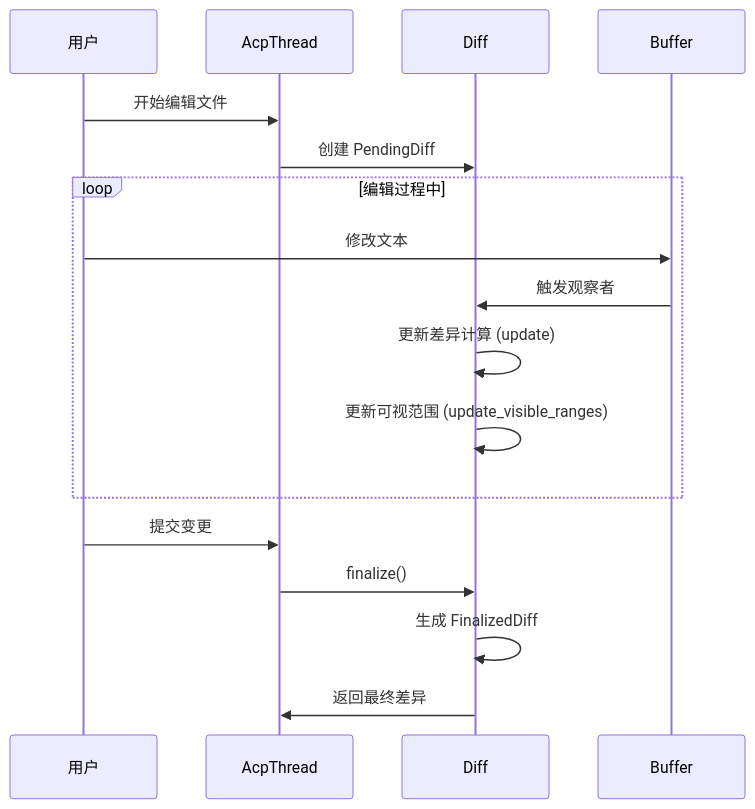
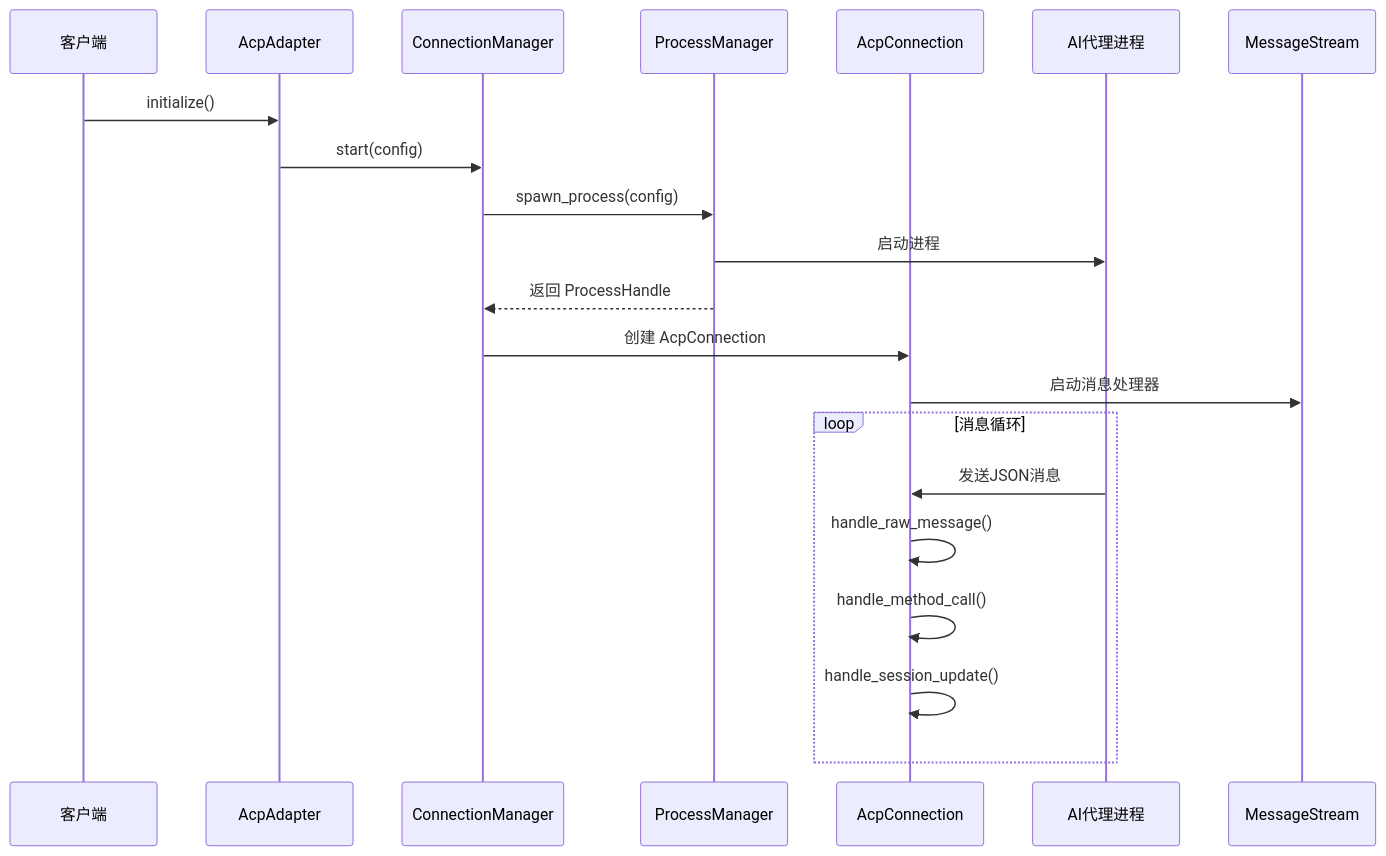
Before and after one commit to nuwax-ai/rcoder: the fourth of 6 diagrams in .qoder/repowiki/zh/content/ACP协议实现/ACP协议实现.md, drawn with Mermaid. The commit also changed other lines of this file and 85 other files, not shown here.

First line of the commit message:
refactor(acp_adapter): 重构会话管理及连接模块以替代旧实现

````diff
--- a/.qoder/repowiki/zh/content/ACP协议实现/ACP协议实现.md
+++ b/.qoder/repowiki/zh/content/ACP协议实现/ACP协议实现.md
@@ -140,19 +165,22 @@
 ```mermaid
 sequenceDiagram
-participant User as 用户
-participant AcpThread as AcpThread
-participant Diff as Diff
-participant Buffer as Buffer
-User->>AcpThread : 开始编辑文件
-AcpThread->>Diff : 创建 PendingDiff
-loop 编辑过程中
-User->>Buffer : 修改文本
-Buffer->>Diff : 触发观察者
-Diff->>Diff : 更新差异计算 (update)
-Diff->>Diff : 更新可视范围 (update_visible_ranges)
+participant Client as 客户端
+participant AcpAdapter as AcpAdapter
+participant ConnManager as ConnectionManager
+participant ProcessMgr as ProcessManager
+participant AcpConn as AcpConnection
+participant AgentProc as AI代理进程
+Client->>AcpAdapter : initialize()
+AcpAdapter->>ConnManager : start(config)
+ConnManager->>ProcessMgr : spawn_process(config)
+ProcessMgr->>AgentProc : 启动进程
+ProcessMgr-->>ConnManager : 返回 ProcessHandle
+ConnManager->>AcpConn : 创建 AcpConnection
+AcpConn->>MessageStream : 启动消息处理器
+loop 消息循环
+AgentProc->>AcpConn : 发送JSON消息
+AcpConn->>AcpConn : handle_raw_message()
+AcpConn->>AcpConn : handle_method_call()
+AcpConn->>AcpConn : handle_session_update()
 end
-User->>AcpThread : 提交变更
-AcpThread->>Diff : finalize()
-Diff->>Diff : 生成 FinalizedDiff
-Diff->>AcpThread : 返回最终差异
 ```
````
